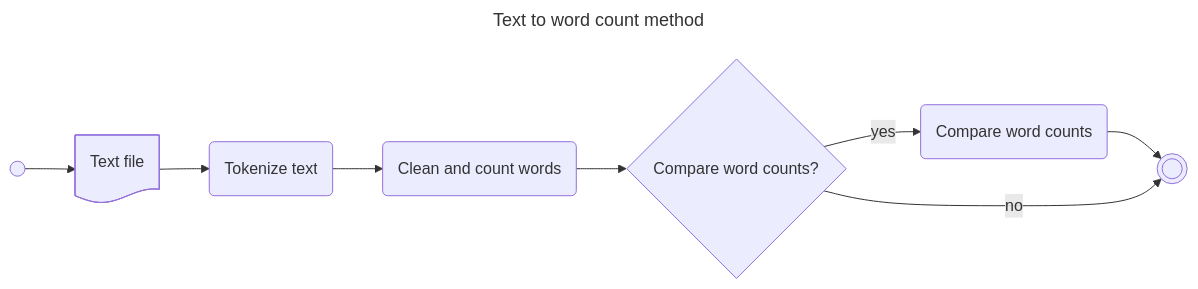
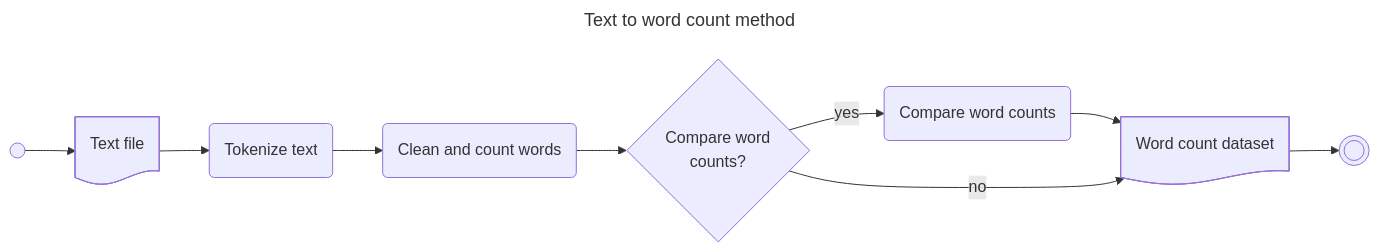
The diagram in data-analysis/wordcount.md (VCityTeam/PEPR-VDBI), drawn with Mermaid before and after one commit. The commit also changed other lines of this file and 3 other files, not shown here.

````diff
--- a/data-analysis/wordcount.md
+++ b/data-analysis/wordcount.md
@@ -21,15 +21,16 @@
 ```mermaid
 ---
 title: Text to word count method
 ---
 flowchart LR
 start@{ shape: circle, label: " " }
   --> in@{ shape: doc, label: "Text file"}
   --> tokenize(Tokenize text)
   --> count("Clean and count words")
-  --> choice@{ shape: diamond, label: "Compare word counts?"}
+  --> choice@{ shape: diamond, label: "Compare word\ncounts?"}
 compare(Compare word counts)
+  --> out@{ shape: doc, label: "Word count dataset"}
   --> stop@{ shape: dbl-circ, label: " " }
 choice -->|yes| compare
-choice -->|no| stop
+choice -->|no| out
 ```
````
